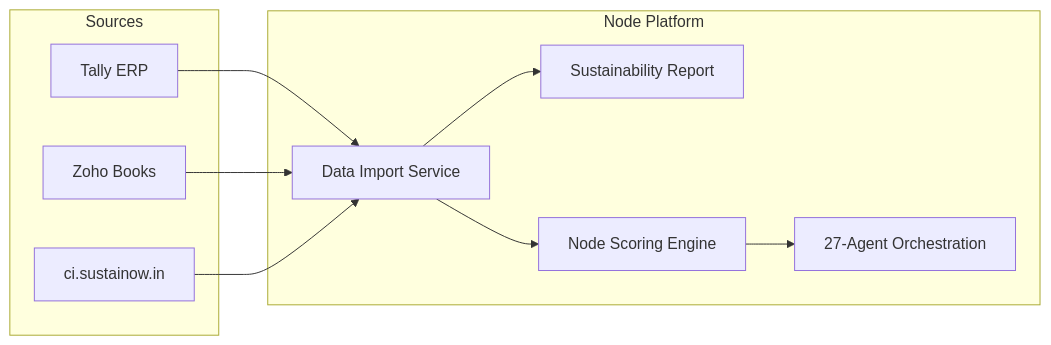
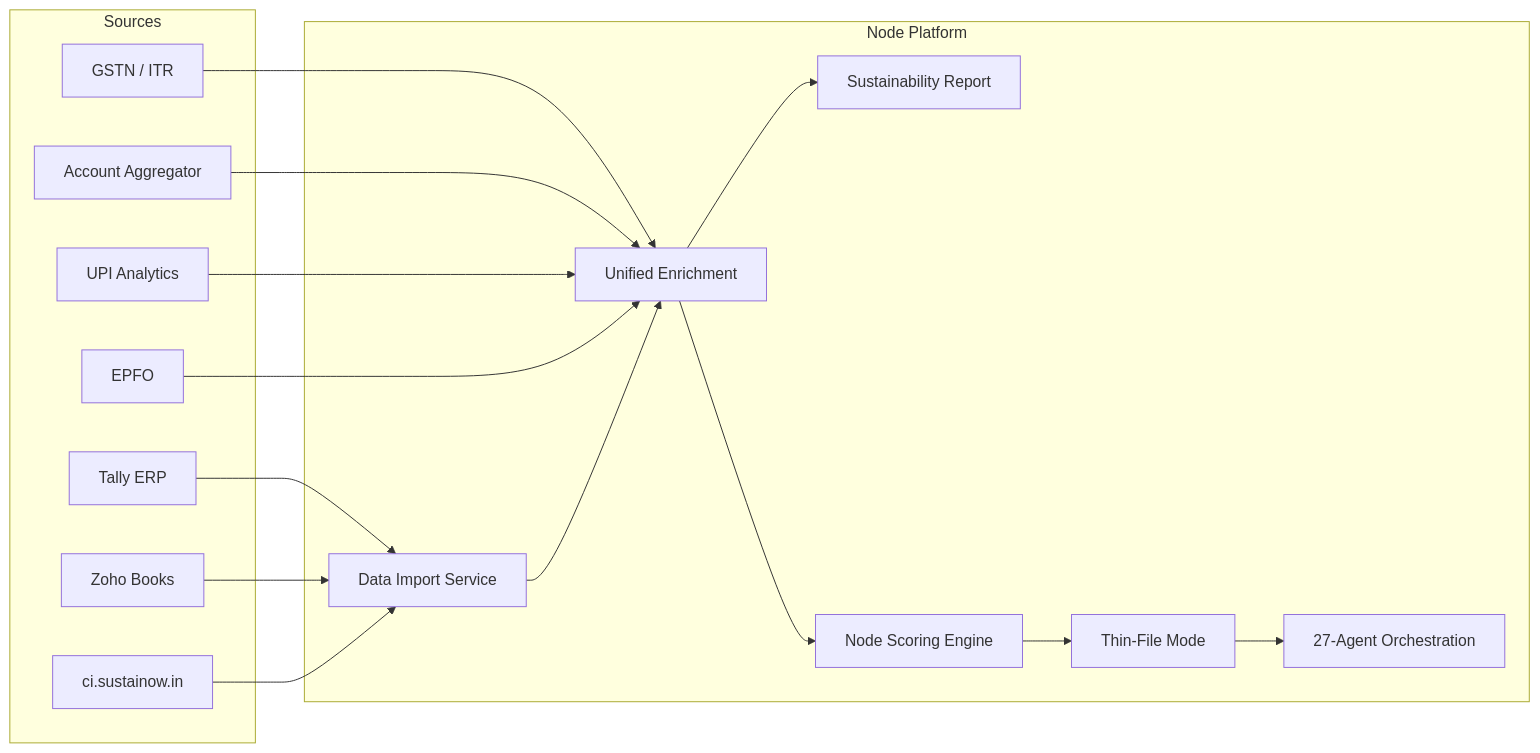
Before and after one commit to carbonintelli/FinancialHealthScore: the diagram in docs/DATA_CONNECTORS.md, drawn with Mermaid. The commit also changed other lines of this file and 8 other files, not shown here.

````diff
--- a/docs/DATA_CONNECTORS.md
+++ b/docs/DATA_CONNECTORS.md
@@ -7,22 +9,31 @@
 ```mermaid
 flowchart LR
     subgraph Sources
         T[Tally ERP]
         Z[Zoho Books]
         CI[ci.sustainow.in]
+        GST[GSTN / ITR]
+        AA[Account Aggregator]
+        UPI[UPI Analytics]
+        EPFO[EPFO]
     end
 
     subgraph Node Platform
         IMP[Data Import Service]
+        ENR[Unified Enrichment]
         SUS[Sustainability Report]
         SCORE[Node Scoring Engine]
+        TF[Thin-File Mode]
         AG[27-Agent Orchestration]
     end
 
     T --> IMP
     Z --> IMP
     CI --> IMP
-    IMP --> SUS
-    IMP --> SCORE
-    SCORE --> AG
+    GST & AA & UPI & EPFO --> ENR
+    IMP --> ENR
+    ENR --> SUS
+    ENR --> SCORE
+    SCORE --> TF
+    TF --> AG
 ```
````
